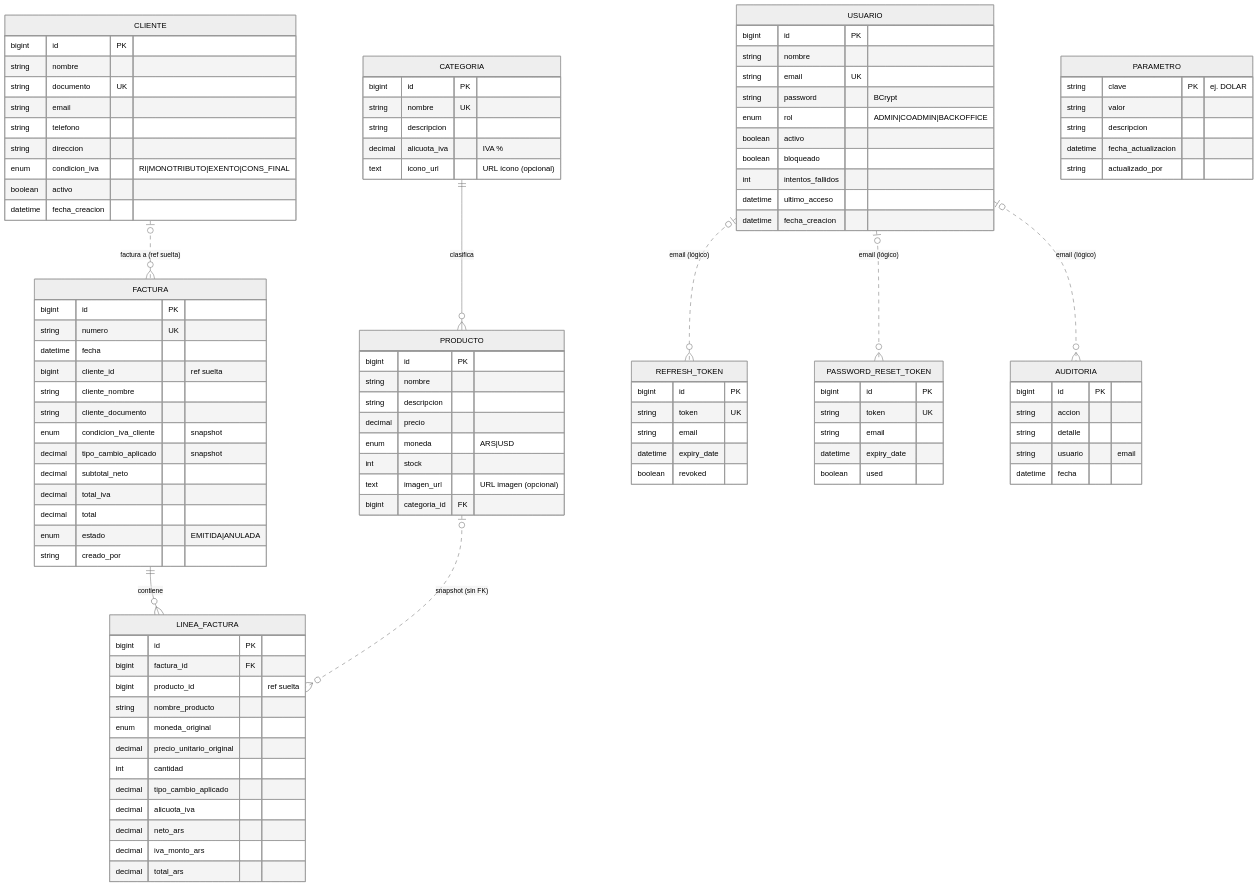
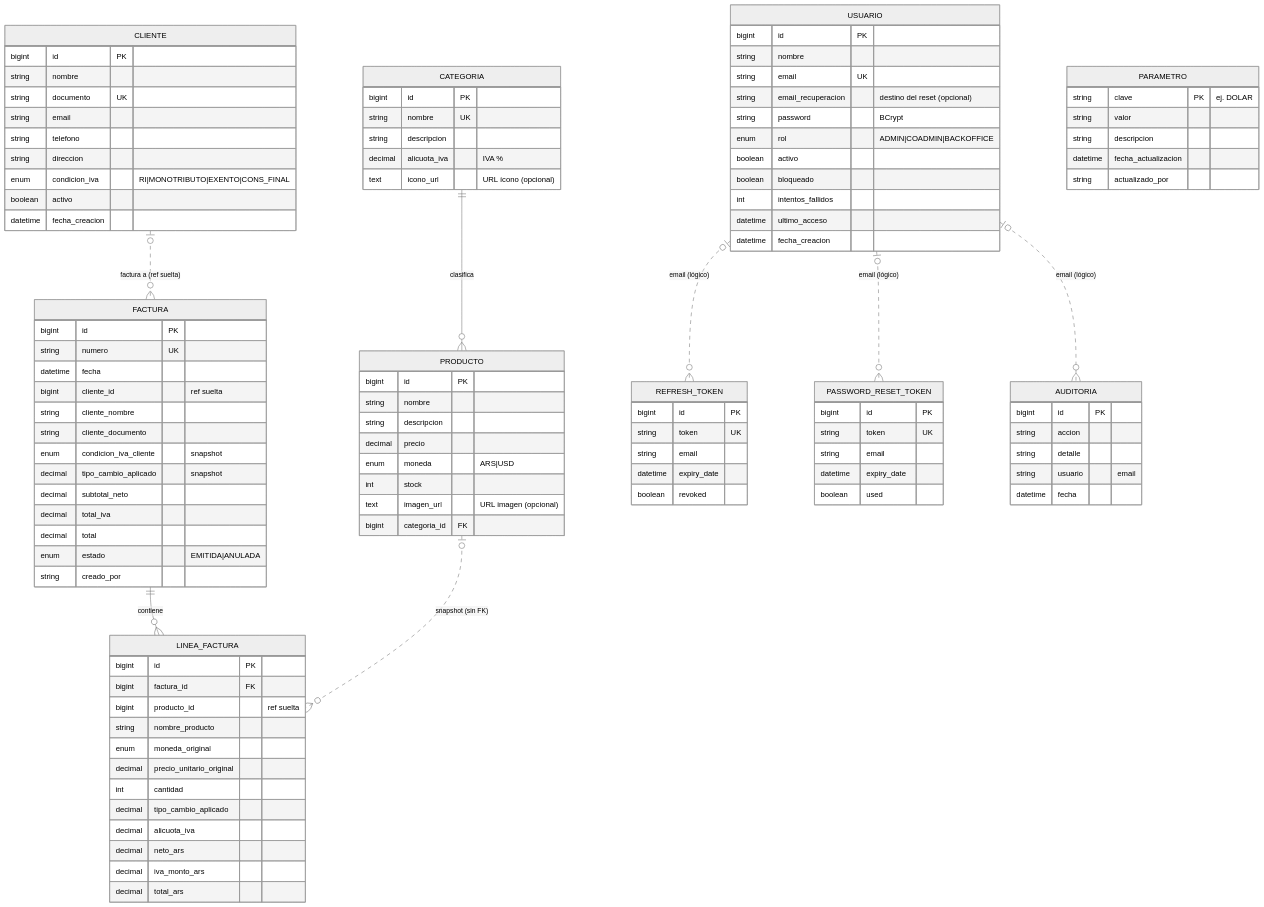
One commit to DevAuxi-Arg/invenFact changed the diagram in README.md. Above: the diagram before and after it, drawn with Mermaid (neutral theme). The commit also changed other lines of this file, not shown here.

```diff
--- a/README.md
+++ b/README.md
@@ -613,6 +642,7 @@
         bigint   id PK
         string   nombre
         string   email UK
+        string   email_recuperacion "destino del reset (opcional)"
         string   password "BCrypt"
         enum     rol "ADMIN|COADMIN|BACKOFFICE"
         boolean  activo
```
